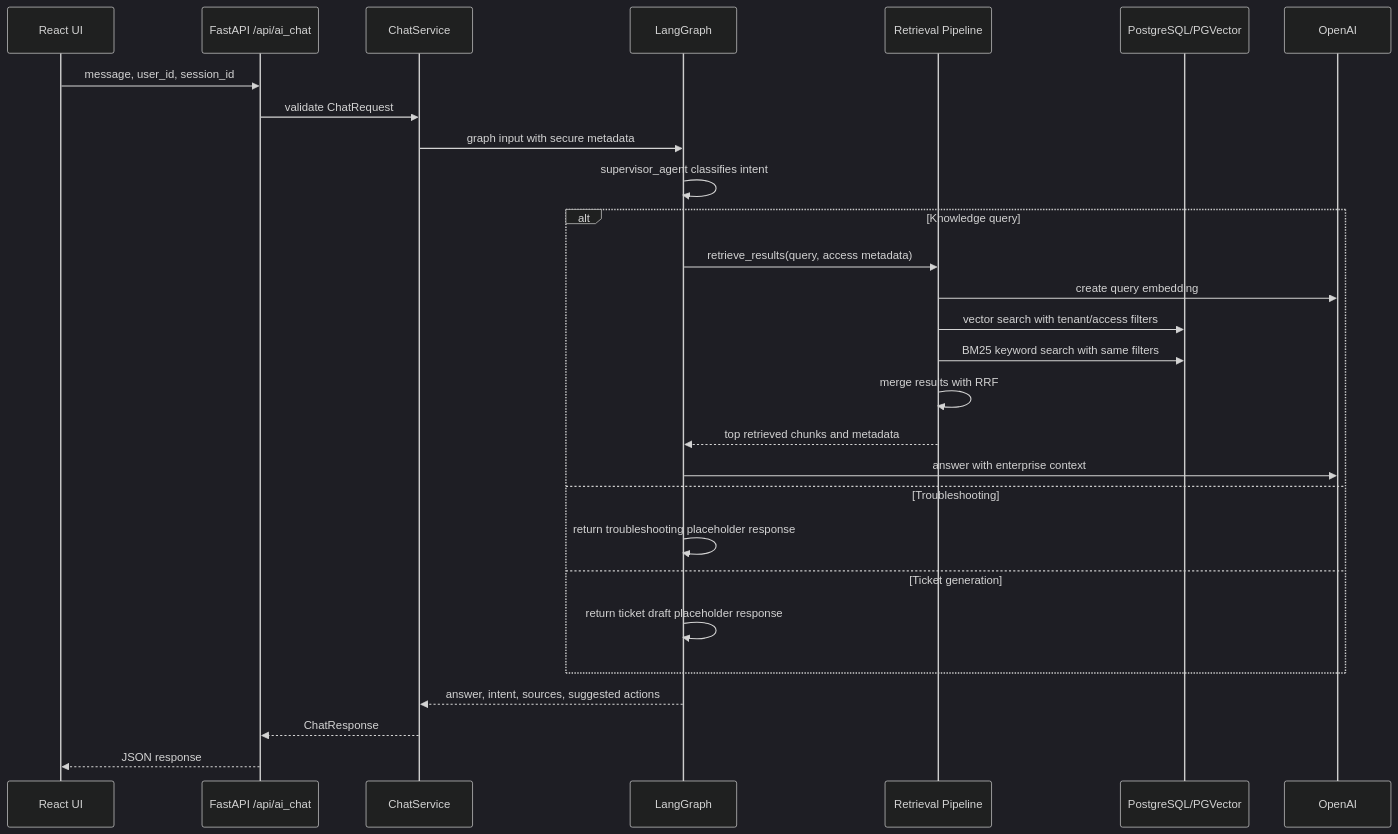
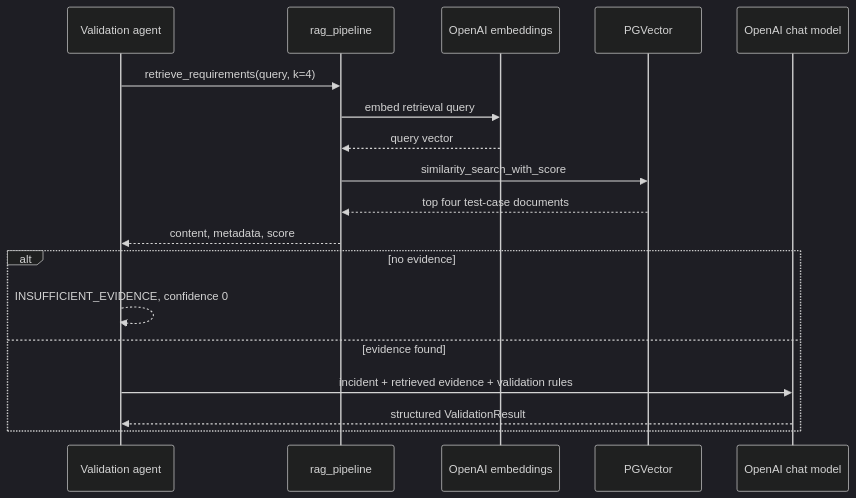
Before and after one commit to pramodsahoo568/IncidentOpsAI-Architecture: the second of 3 diagrams in README.md, drawn with Mermaid (dark theme). The commit also changed other lines of this file, not shown here.

Commit message:
diagrams Added

````diff
--- a/README.md
+++ b/README.md
@@ -124,31 +170,21 @@
 ```mermaid
 sequenceDiagram
-    participant U as React UI
-    participant A as FastAPI /api/ai_chat
-    participant S as ChatService
-    participant G as LangGraph
-    participant R as Retrieval Pipeline
-    participant D as PostgreSQL/PGVector
-    participant L as OpenAI
+    participant G as Validation agent
+    participant R as rag_pipeline
+    participant E as OpenAI embeddings
+    participant P as PGVector
+    participant L as OpenAI chat model
 
-    U->>A: message, user_id, session_id
-    A->>S: validate ChatRequest
-    S->>G: graph input with secure metadata
-    G->>G: supervisor_agent classifies intent
-    alt Knowledge query
-        G->>R: retrieve_results(query, access metadata)
-        R->>L: create query embedding
-        R->>D: vector search with tenant/access filters
-        R->>D: BM25 keyword search with same filters
-        R->>R: merge results with RRF
-        R-->>G: top retrieved chunks and metadata
-        G->>L: answer with enterprise context
-    else Troubleshooting
-        G->>G: return troubleshooting placeholder response
-    else Ticket generation
-        G->>G: return ticket draft placeholder response
+    G->>R: retrieve_requirements(query, k=4)
+    R->>E: embed retrieval query
+    E-->>R: query vector
+    R->>P: similarity_search_with_score
+    P-->>R: top four test-case documents
+    R-->>G: content, metadata, score
+    alt no evidence
+        G-->>G: INSUFFICIENT_EVIDENCE, confidence 0
+    else evidence found
+        G->>L: incident + retrieved evidence + validation rules
+        L-->>G: structured ValidationResult
     end
-    G-->>S: answer, intent, sources, suggested actions
-    S-->>A: ChatResponse
-    A-->>U: JSON response
 ```
````
